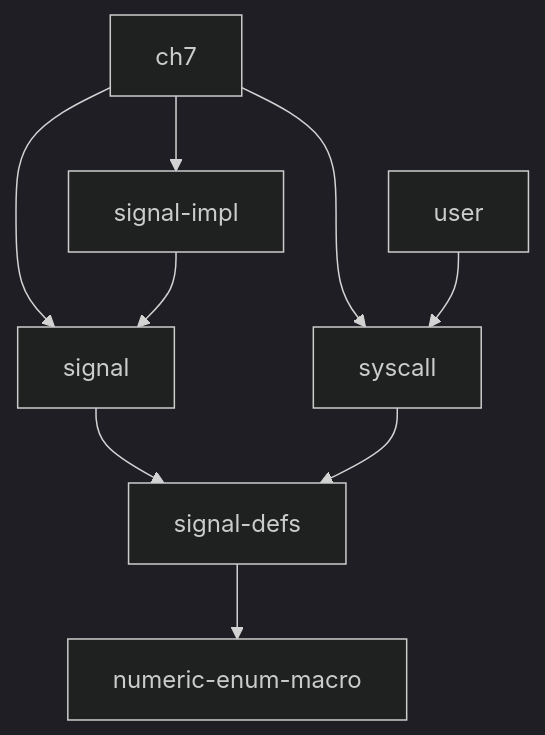
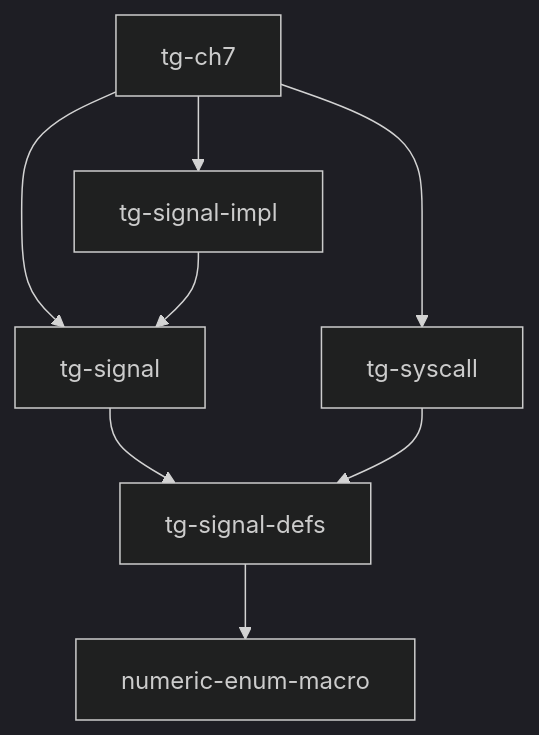
Before and after one commit to CharlieVinnie/tg-rcore-tutorial: the diagram in README.md, drawn with Mermaid (dark theme). The commit also changed other lines of this file, not shown here.

````diff
--- a/README.md
+++ b/README.md
@@ -25,11 +66,10 @@
 ```mermaid
-graph TD;
-    ch7-->signal-impl
-    ch7-->signal
-    ch7-->syscall
-    user-->syscall
-    signal-impl-->signal
-    signal-->signal-defs
-    syscall-->signal-defs
-    signal-defs-->numeric-enum-macro
+graph TD
+    tg-ch7 --> tg-signal-impl
+    tg-ch7 --> tg-signal
+    tg-ch7 --> tg-syscall
+    tg-signal-impl --> tg-signal
+    tg-signal --> tg-signal-defs
+    tg-syscall --> tg-signal-defs
+    tg-signal-defs --> numeric-enum-macro
 ```
````
